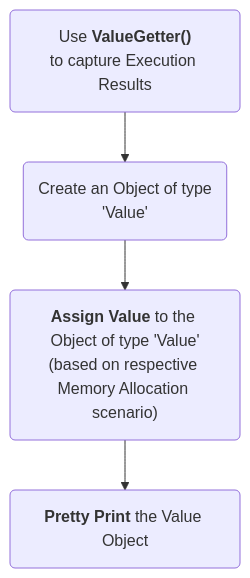
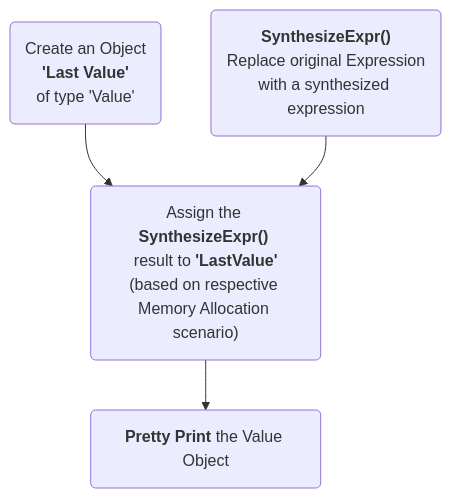
The second of 3 diagrams in Execution_Results.md (QuillPusher/QP_Drafts), drawn with Mermaid before and after one commit. The commit also changed other lines of this file, not shown here.

````diff
--- a/Execution_Results.md
+++ b/Execution_Results.md
@@ -33,7 +34,7 @@
 ```mermaid
 graph TD
-  I("Use <b>ValueGetter()</b></br>to capture Execution Results")
-  I --> J(Create an Object of type </br>'Value')
-  J --> K("<b>Assign Value</b> to the <br>Object of type 'Value'</br>(based on respective </br>Memory Allocation scenario)")
+  J(Create an Object </br><b>'Last Value'</b></br>of type 'Value')
+  J --> K("Assign the <b>SynthesizeExpr()</b> </br>result to <b>'LastValue'</b></br>(based on respective </br>Memory Allocation scenario)")
+  X("<b>SynthesizeExpr()</b></br>Replace original Expression</br>with a synthesized expression") --> K
   K --> L(<b>Pretty Print</b> the Value Object)
 ```
````
